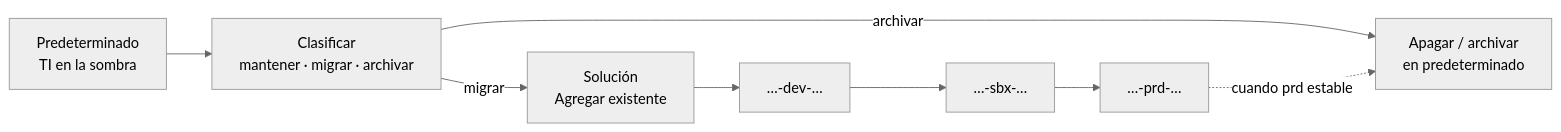
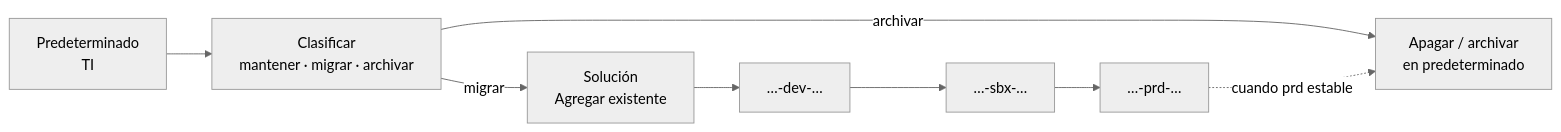
Before and after one commit to aramos-qroma/power-platform-foundation: the second of 8 diagrams in FRAMEWORK.md, drawn with Mermaid (neutral theme).

````diff
--- a/FRAMEWORK.md
+++ b/FRAMEWORK.md
@@ -128,16 +128,16 @@
 ```mermaid
 flowchart LR
-  def["Predeterminado<br/>TI en la sombra"]
+  def["Predeterminado<br/> TI"]
   cls["Clasificar<br/>mantener · migrar · archivar"]
   sol["Solución<br/>Agregar existente"]
   dev["…-dev-…"]
   sbx["…-sbx-…"]
   prd["…-prd-…"]
   arch["Apagar / archivar<br/>en predeterminado"]
 
   def --> cls
   cls -->|migrar| sol
   cls -->|archivar| arch
   sol --> dev --> sbx --> prd
   prd -.->|cuando prd estable| arch
 ```
````
